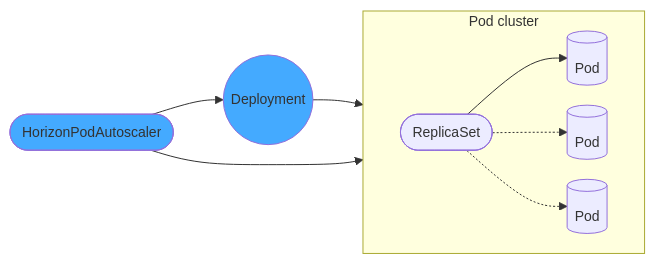
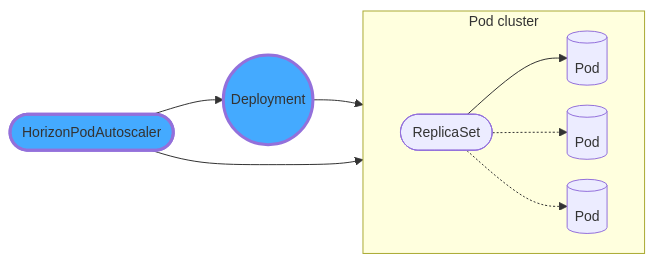
The eighth of 8 diagrams in Docker/k8s.md (zyu-0820/Markdown), drawn with Mermaid before and after one commit.

Commit message:
cloud2-Day8

````diff
--- a/Docker/k8s.md
+++ b/Docker/k8s.md
@@ -1748,14 +1748,14 @@
 ```mermaid
 %%{init: {'theme': 'default', 'themeVariables': {'fontSize': '14px'}, 'flowchart':{'scale': 0.05},'flowchart':{'nodeSpacing': 20} }}%%
 graph LR
   A([HorizonPodAutoscaler]):::fi --> B((Deployment)):::fi
   B --> E
   A --> ID1
   subgraph ID1 [Pod cluster]
   direction LR
   E([ReplicaSet]) --> F[(Pod)]  
   E -.-> G[(Pod)]
   E -.-> H[(Pod)]
   end
-  classDef fi fill:#4af,stroke-wi
+  classDef fi fill:#4af,stroke-width:3px
 ```
````
